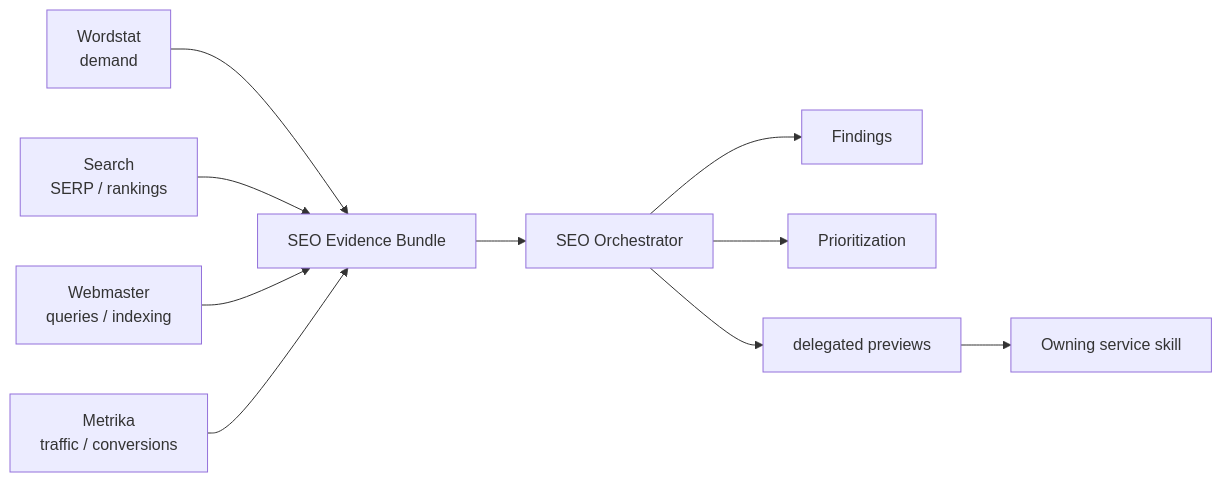
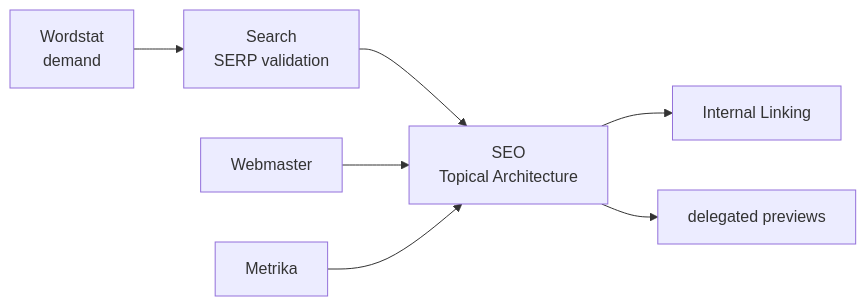
The first of 2 diagrams in README.en.md (trafficolog/yandex-ai-plugin), drawn with Mermaid before and after one commit. The commit also changed other lines of this file and 27 other files, not shown here.

````diff
--- a/README.en.md
+++ b/README.en.md
@@ -58,12 +93,9 @@
 ```mermaid
 flowchart LR
-  W[Wordstat<br/>demand] --> E[SEO Evidence Bundle]
-  S[Search<br/>SERP / rankings] --> E
-  WM[Webmaster<br/>queries / indexing] --> E
-  M[Metrika<br/>traffic / conversions] --> E
-  E --> O[SEO Orchestrator]
-  O --> F[Findings]
-  O --> P[Prioritization]
-  O --> D[delegated previews]
-  D --> OW[Owning service skill]
+  W[Wordstat<br/>demand] --> S[Search<br/>SERP validation]
+  S --> SEO[SEO<br/>Topical Architecture]
+  WM[Webmaster] --> SEO
+  M[Metrika] --> SEO
+  SEO --> IL[Internal Linking]
+  SEO --> P[delegated previews]
 ```
````
